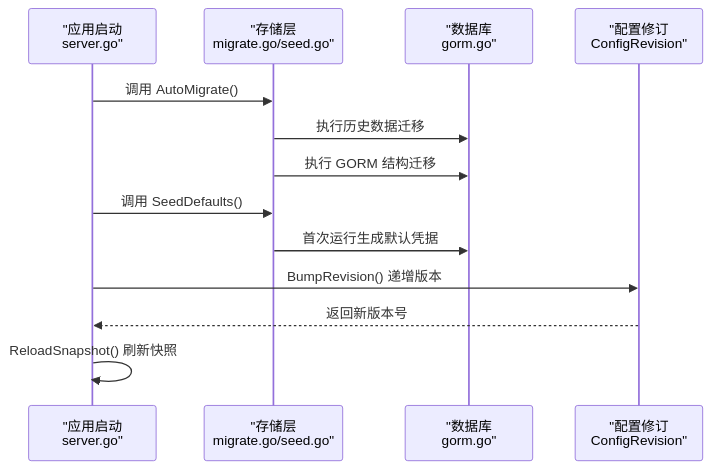
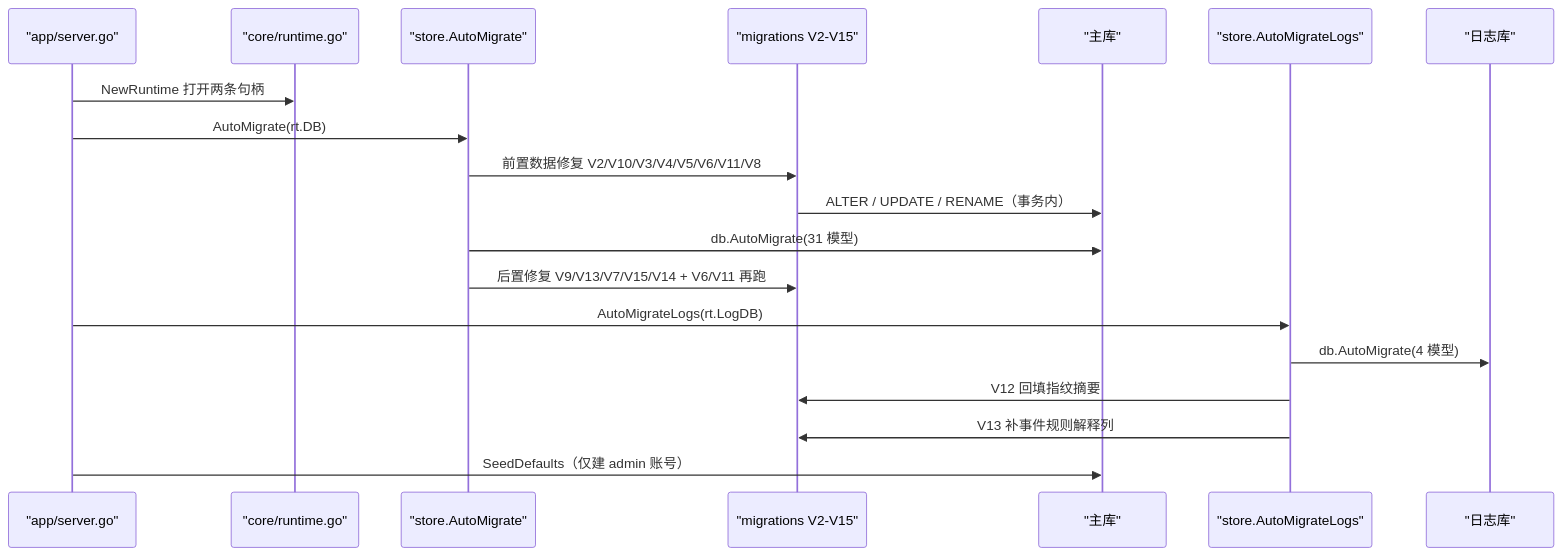
The second of 5 diagrams in docs/数据存储层/数据迁移管理.md (x01n/My-OpenWaf), drawn with Mermaid before and after one commit. The commit also changed other lines of this file and 622 other files, not shown here.

````diff
--- a/docs/数据存储层/数据迁移管理.md
+++ b/docs/数据存储层/数据迁移管理.md
@@ -119,15 +219,21 @@
 ```mermaid
 sequenceDiagram
-participant Boot as "应用启动<br/>server.go"
-participant Store as "存储层<br/>migrate.go/seed.go"
-participant DB as "数据库<br/>gorm.go"
-participant Rev as "配置修订<br/>ConfigRevision"
-Boot->>Store : 调用 AutoMigrate()
-Store->>DB : 执行历史数据迁移
-Store->>DB : 执行 GORM 结构迁移
-Boot->>Store : 调用 SeedDefaults()
-Store->>DB : 首次运行生成默认凭据
-Boot->>Rev : BumpRevision() 递增版本
-Rev-->>Boot : 返回新版本号
-Boot->>Boot : ReloadSnapshot() 刷新快照
+participant SRV as "app/server.go"
+participant RT as "core/runtime.go"
+participant AM as "store.AutoMigrate"
+participant MG as "migrations V2-V15"
+participant DB as "主库"
+participant AML as "store.AutoMigrateLogs"
+participant LDB as "日志库"
+SRV->>RT : NewRuntime 打开两条句柄
+SRV->>AM : AutoMigrate(rt.DB)
+AM->>MG : 前置数据修复 V2/V10/V3/V4/V5/V6/V11/V8
+MG->>DB : ALTER / UPDATE / RENAME（事务内）
+AM->>DB : db.AutoMigrate(31 模型)
+AM->>MG : 后置修复 V9/V13/V7/V15/V14 + V6/V11 再跑
+SRV->>AML : AutoMigrateLogs(rt.LogDB)
+AML->>LDB : db.AutoMigrate(4 模型)
+AML->>MG : V12 回填指纹摘要
+AML->>MG : V13 补事件规则解释列
+SRV->>DB : SeedDefaults（仅建 admin 账号）
 ```
````
